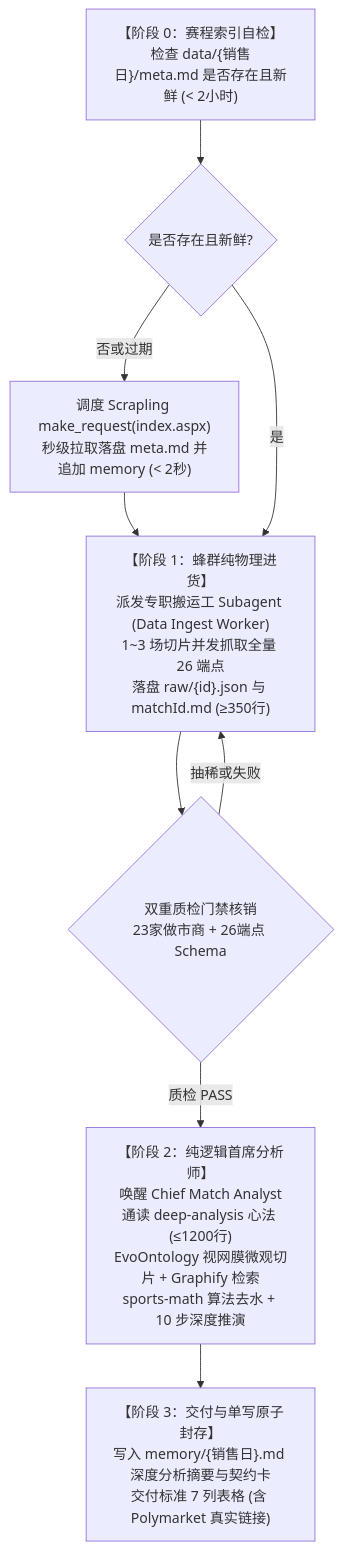
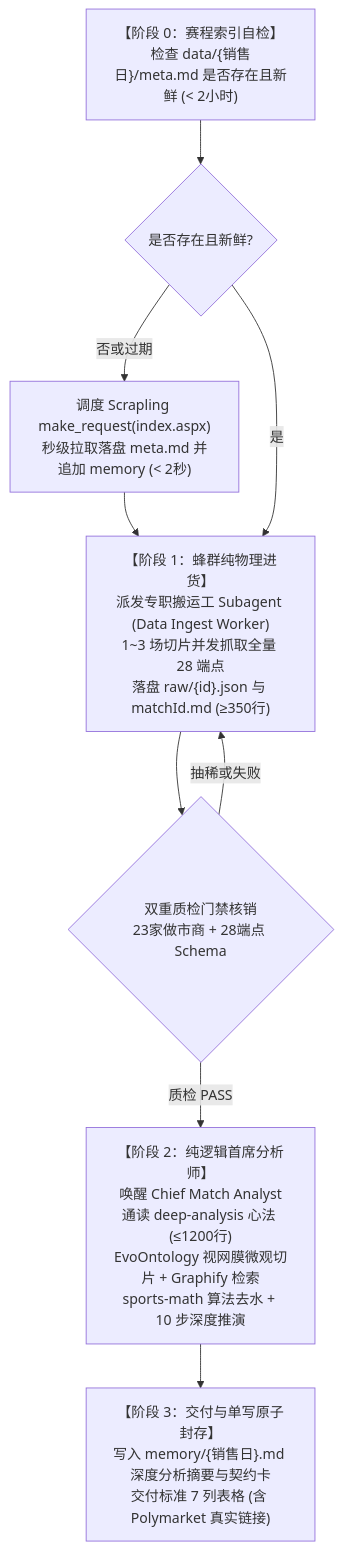
The third of 4 diagrams in README.md (i0ivi0i/supodds), drawn with Mermaid before and after one commit. The commit also changed other lines of this file and 10 other files, not shown here.

````diff
--- a/README.md
+++ b/README.md
@@ -140,18 +140,18 @@
 ```mermaid
 flowchart TD
     Z["【阶段 0：赛程索引自检】<br/>检查 data/{销售日}/meta.md 是否存在且新鲜 (< 2小时)"]
     Z_NO{"是否存在且新鲜?"}
     Z_GET["调度 Scrapling make_request(index.aspx)<br/>秒级拉取落盘 meta.md 并追加 memory (< 2秒)"]
-    P1["【阶段 1：蜂群纯物理进货】<br/>派发专职搬运工 Subagent (Data Ingest Worker)<br/>1~3 场切片并发抓取全量 26 端点<br/>落盘 raw/{id}.json 与 matchId.md (≥350行)"]
-    P1_GATE{"双重质检门禁核销<br/>23家做市商 + 26端点 Schema"}
+    P1["【阶段 1：蜂群纯物理进货】<br/>派发专职搬运工 Subagent (Data Ingest Worker)<br/>1~3 场切片并发抓取全量 28 端点<br/>落盘 raw/{id}.json 与 matchId.md (≥350行)"]
+    P1_GATE{"双重质检门禁核销<br/>23家做市商 + 28端点 Schema"}
     P2["【阶段 2：纯逻辑首席分析师】<br/>唤醒 Chief Match Analyst<br/>通读 deep-analysis 心法 (≤1200行)<br/>EvoOntology 视网膜微观切片 + Graphify 检索<br/>sports-math 算法去水 + 10 步深度推演"]
     OUT["【阶段 3：交付与单写原子封存】<br/>写入 memory/{销售日}.md 深度分析摘要与契约卡<br/>交付标准 7 列表格 (含 Polymarket 真实链接)"]
 
     Z --> Z_NO
     Z_NO -- 否或过期 --> Z_GET --> P1
     Z_NO -- 是 --> P1
     P1 --> P1_GATE
     P1_GATE -- 质检 PASS --> P2
     P1_GATE -- 抽稀或失败 --> P1
     P2 --> OUT
 ```
````
